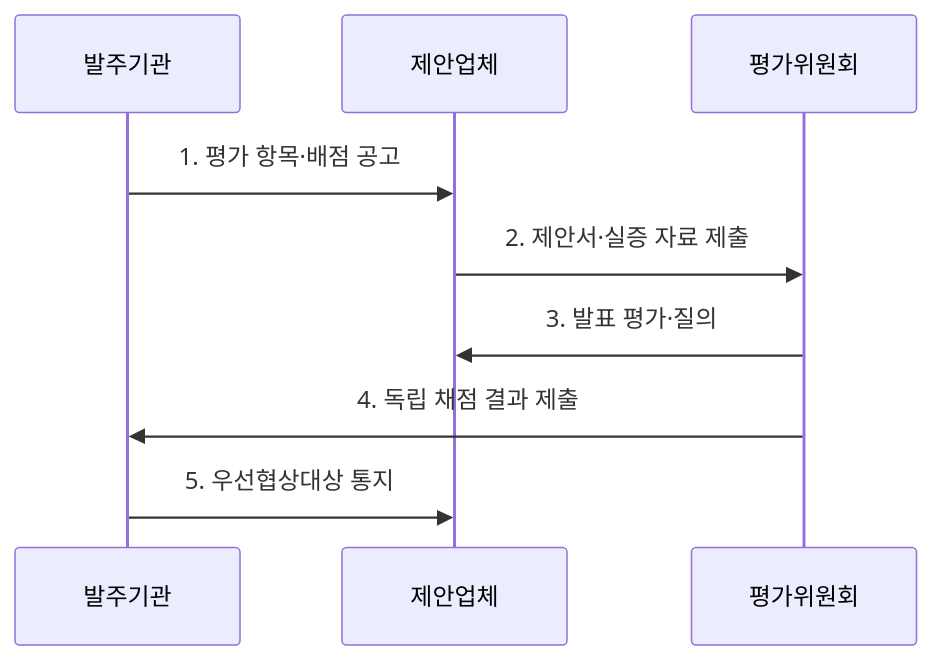
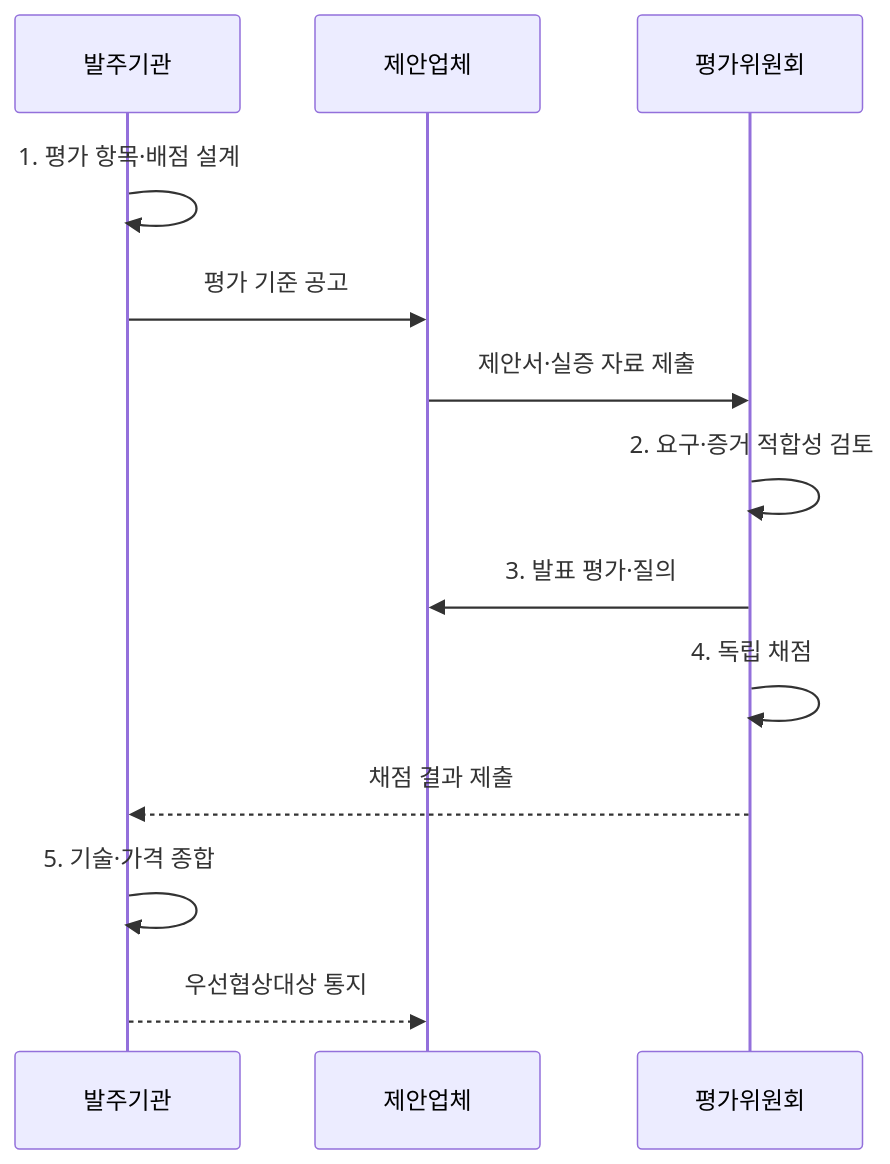
One commit to agnusdei1207/knowledge-base changed the second of 2 diagrams in src/content/docs/notes/07-law-policy/019_sw_technology_evaluation.md. Above: the diagram before and after it, drawn with Mermaid. The commit also changed other lines of this file and 20 other files, not shown here.

````diff
--- a/src/content/docs/notes/07-law-policy/019_sw_technology_evaluation.md
+++ b/src/content/docs/notes/07-law-policy/019_sw_technology_evaluation.md
@@ -79,11 +81,15 @@
 ```mermaid
 sequenceDiagram
     participant 발주기관
     participant 제안업체
     participant 평가위원회
-    발주기관->>제안업체: 1. 평가 항목·배점 공고
-    제안업체->>평가위원회: 2. 제안서·실증 자료 제출
+    발주기관->>발주기관: 1. 평가 항목·배점 설계
+    발주기관->>제안업체: 평가 기준 공고
+    제안업체->>평가위원회: 제안서·실증 자료 제출
+    평가위원회->>평가위원회: 2. 요구·증거 적합성 검토
     평가위원회->>제안업체: 3. 발표 평가·질의
-    평가위원회->>발주기관: 4. 독립 채점 결과 제출
-    발주기관->>제안업체: 5. 우선협상대상 통지
+    평가위원회->>평가위원회: 4. 독립 채점
+    평가위원회-->>발주기관: 채점 결과 제출
+    발주기관->>발주기관: 5. 기술·가격 종합
+    발주기관-->>제안업체: 우선협상대상 통지
 ```
````
